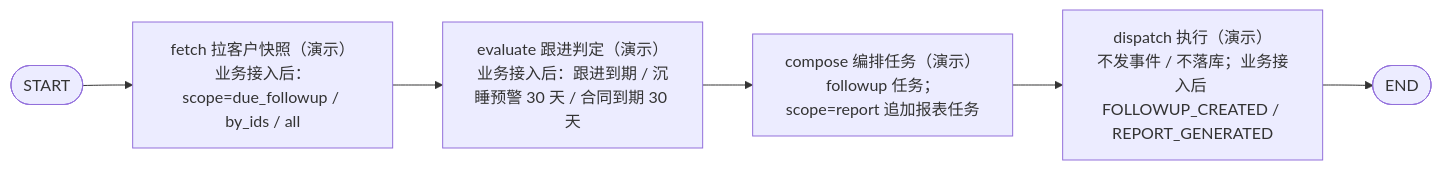
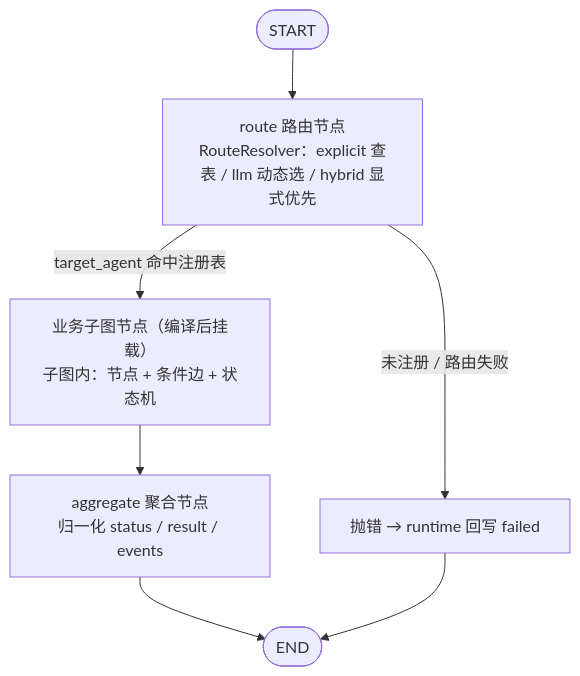
The second of 3 diagrams in server/README.md (chain-engine/x-BeiChen), drawn with Mermaid before and after one commit. The commit also changed other lines of this file and 9 other files, not shown here.

````diff
--- a/server/README.md
+++ b/server/README.md
@@ -322,8 +252,9 @@
 ```mermaid
-flowchart LR
-    START([START]) --> FETCH["fetch 拉客户快照（演示）<br/>业务接入后：scope=due_followup / by_ids / all"]
-    FETCH --> EVAL["evaluate 跟进判定（演示）<br/>业务接入后：跟进到期 / 沉睡预警 30 天 / 合同到期 30 天"]
-    EVAL --> COMPOSE["compose 编排任务（演示）<br/>followup 任务；scope=report 追加报表任务"]
-    COMPOSE --> DISPATCH["dispatch 执行（演示）<br/>不发事件 / 不落库；业务接入后 FOLLOWUP_CREATED / REPORT_GENERATED"]
-    DISPATCH --> END([END])
+flowchart TB
+    START([START]) --> ROUTE["route 路由节点<br/>RouteResolver：explicit 查表 / llm 动态选 / hybrid 显式优先"]
+    ROUTE -->|"target_agent 命中注册表"| SUB["业务子图节点（编译后挂载）<br/>子图内：节点 + 条件边 + 状态机"]
+    SUB --> AGG["aggregate 聚合节点<br/>归一化 status / result / events"]
+    AGG --> ENDN([END])
+    ROUTE -->|"未注册 / 路由失败"| ERR["抛错 → runtime 回写 failed"]
+    ERR --> ENDN
 ```
````
